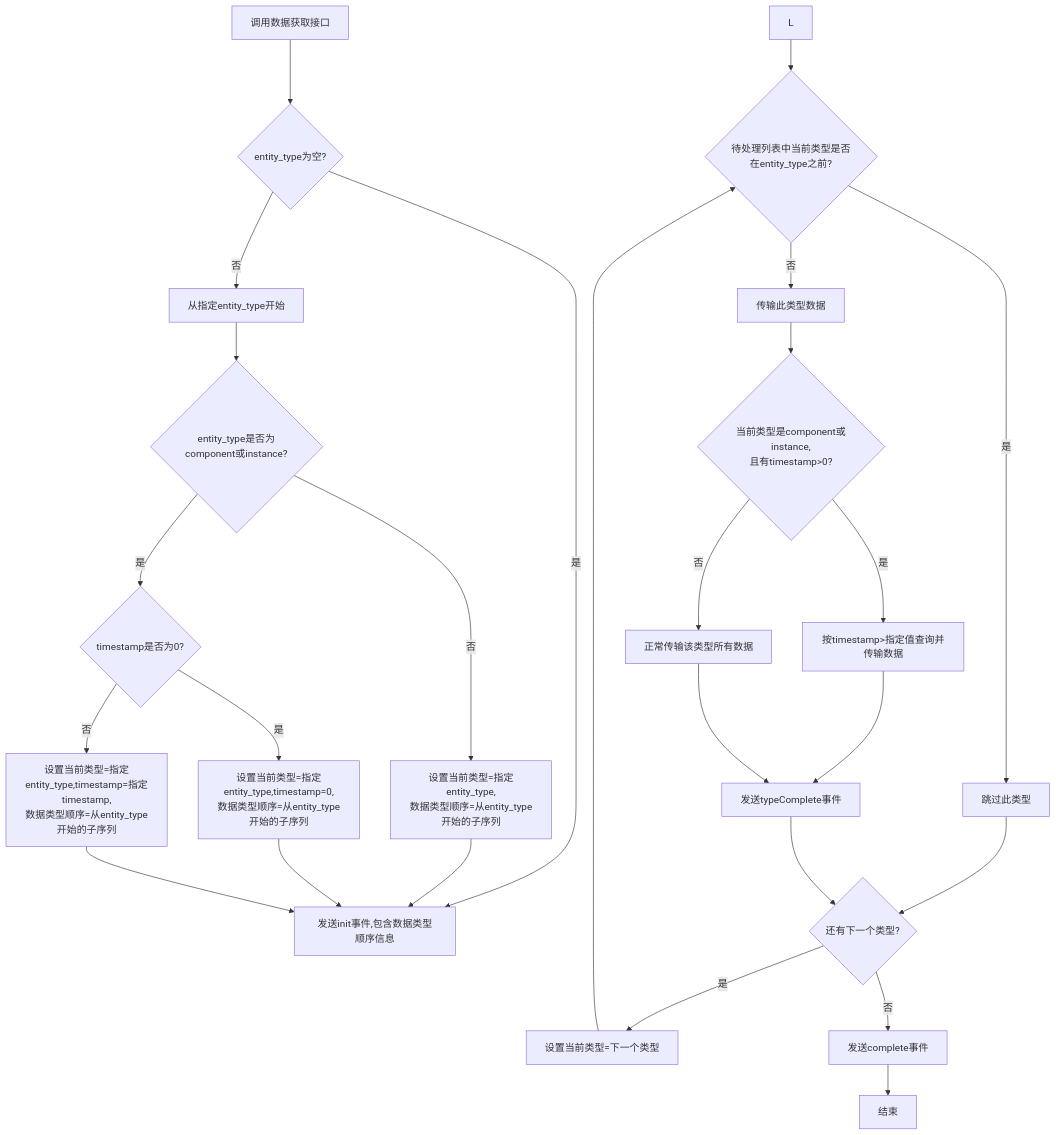
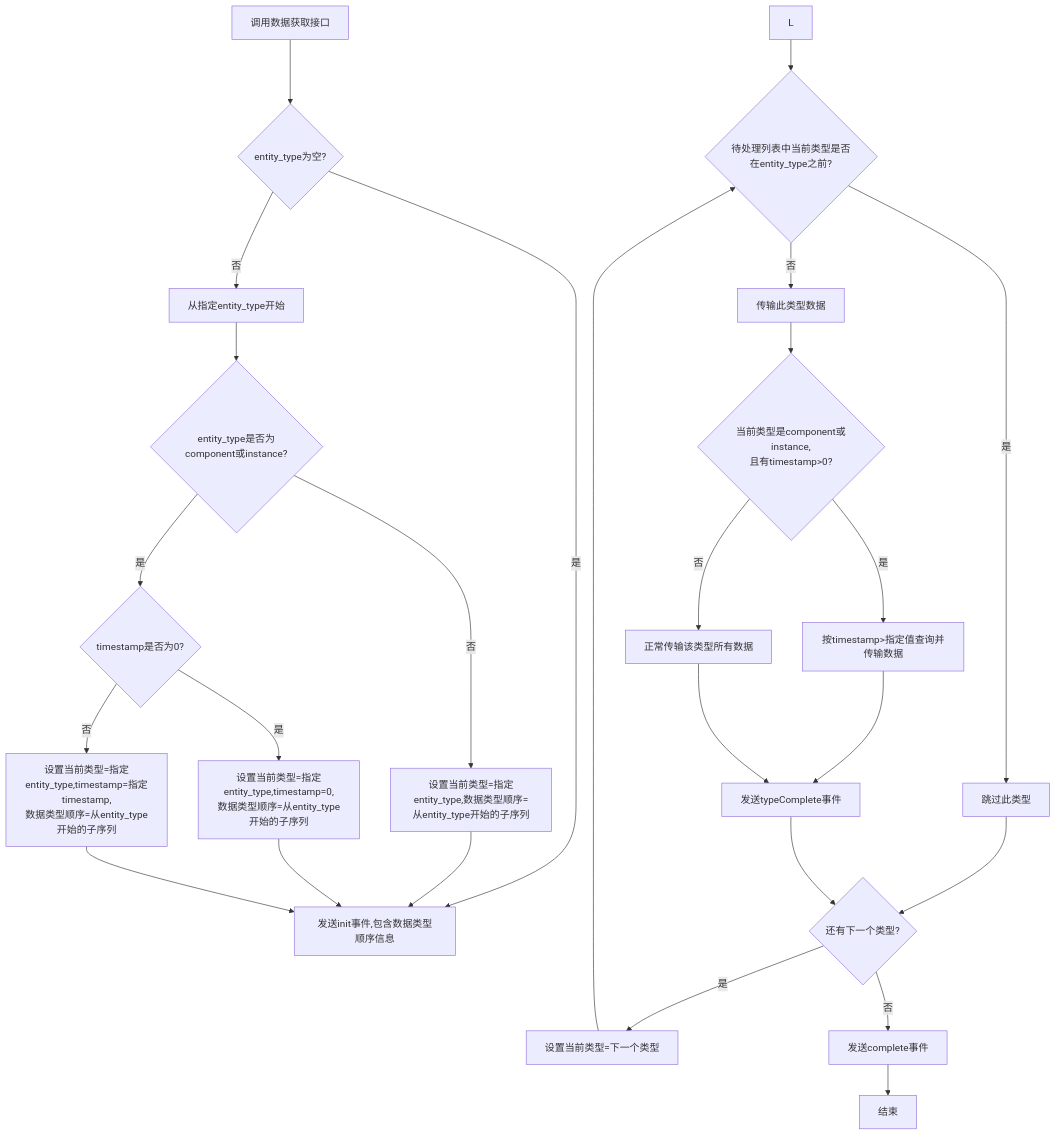
The diagram in all/未命名-59.md (yingjianzh/iodraw-files), drawn with Mermaid before and after one commit.

Commit message:
2025-05-14 15:40:49 update

````diff
--- a/all/未命名-59.md
+++ b/all/未命名-59.md
@@ -1,38 +1,38 @@
 ```mermaid
 flowchart TD
     A[调用数据获取接口] --> B{entity_type为空?}
 
     B -->|是| K[发送init事件,包含数据类型顺序信息]
     B -->|否| D[从指定entity_type开始]
     
     D --> F{entity_type是否为component或instance?}
     
-    F -->|否| G[设置当前类型=指定entity_type,\n数据类型顺序=从entity_type开始的子序列]
+    F -->|否| G[设置当前类型=指定entity_type,数据类型顺序=从entity_type开始的子序列]
     F -->|是| H{timestamp是否为0?}
     
     H -->|是| I[设置当前类型=指定entity_type,timestamp=0,\n数据类型顺序=从entity_type开始的子序列]
     H -->|否| J[设置当前类型=指定entity_type,timestamp=指定timestamp,\n数据类型顺序=从entity_type开始的子序列]
     
     G --> K
     I --> K
     J --> K
     
     L --> M{待处理列表中当前类型是否在entity_type之前?}
     M -->|是| N[跳过此类型]
     M -->|否| O[传输此类型数据]
     
     O --> P{当前类型是component或instance,\n且有timestamp>0?}
     P -->|是| Q[按timestamp>指定值查询并传输数据]
     P -->|否| R[正常传输该类型所有数据]
     
     Q --> S[发送typeComplete事件]
     R --> S
     N --> T{还有下一个类型?}
     S --> T
     
     T -->|是| U[设置当前类型=下一个类型]
     T -->|否| V[发送complete事件]
     
     U --> M
     V --> W[结束]
 ```
````
